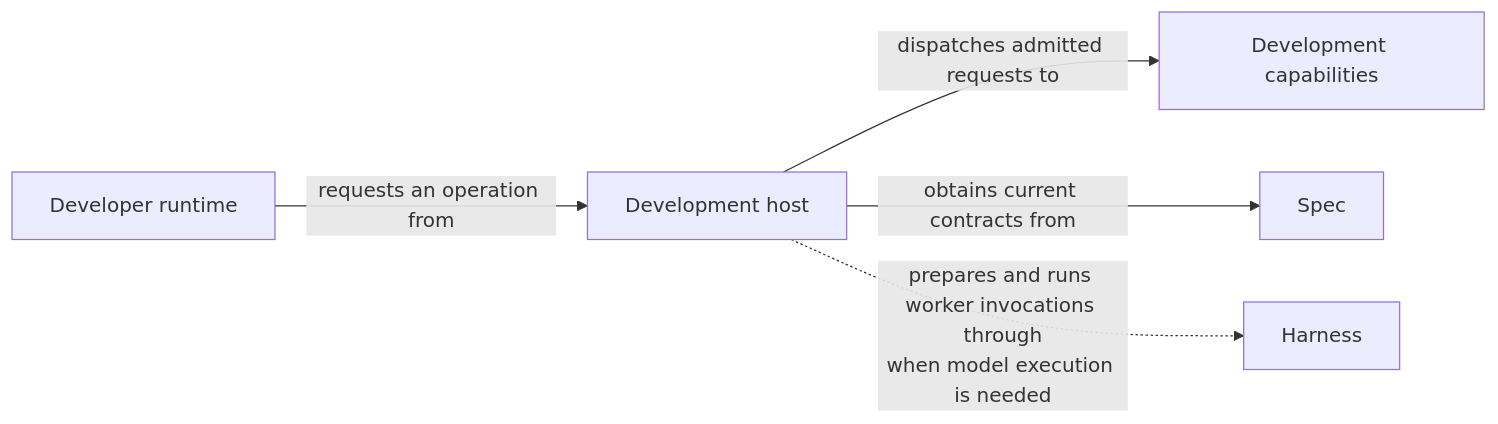
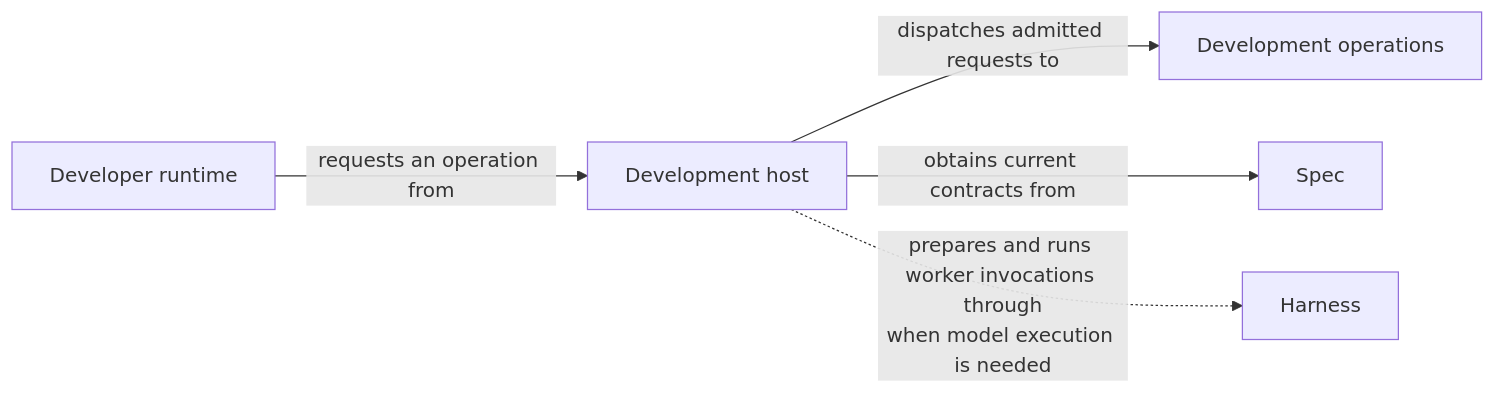
Before and after one commit to FTOD/concorde: the diagram in specs/concorde/development/module.md, drawn with Mermaid. The commit also changed other lines of this file and 449 other files, not shown here.

Commit message:
refactor: unify executable Operations and LangGraph graphs

````diff
--- a/specs/concorde/development/module.md
+++ b/specs/concorde/development/module.md
@@ -79,14 +79,14 @@
 ```mermaid
 flowchart LR
     accTitle: From a developer request to bounded work
-    accDescr: The developer runtime submits a request to the host, which dispatches it to a Capability and obtains current contracts as needed. Only when model execution is needed does the host prepare and run a worker invocation through Harness; other Harness services are outside this view.
+    accDescr: The developer runtime submits a request to the host, which dispatches it to an Operation and obtains current contracts as needed. Only when model execution is needed does the host prepare and run a worker invocation through Harness; other Harness services are outside this view.
     developer["Developer runtime"]
     host["Development host"]
-    capabilities["Development capabilities"]
+    operations["Development operations"]
     spec["Spec"]
     harness["Harness"]
     developer -->|requests an operation from| host
-    host -->|dispatches admitted requests to| capabilities
+    host -->|dispatches admitted requests to| operations
     host -->|obtains current contracts from| spec
     host -.->|prepares and runs worker invocations through<br/>when model execution is needed| harness
 ```
````
